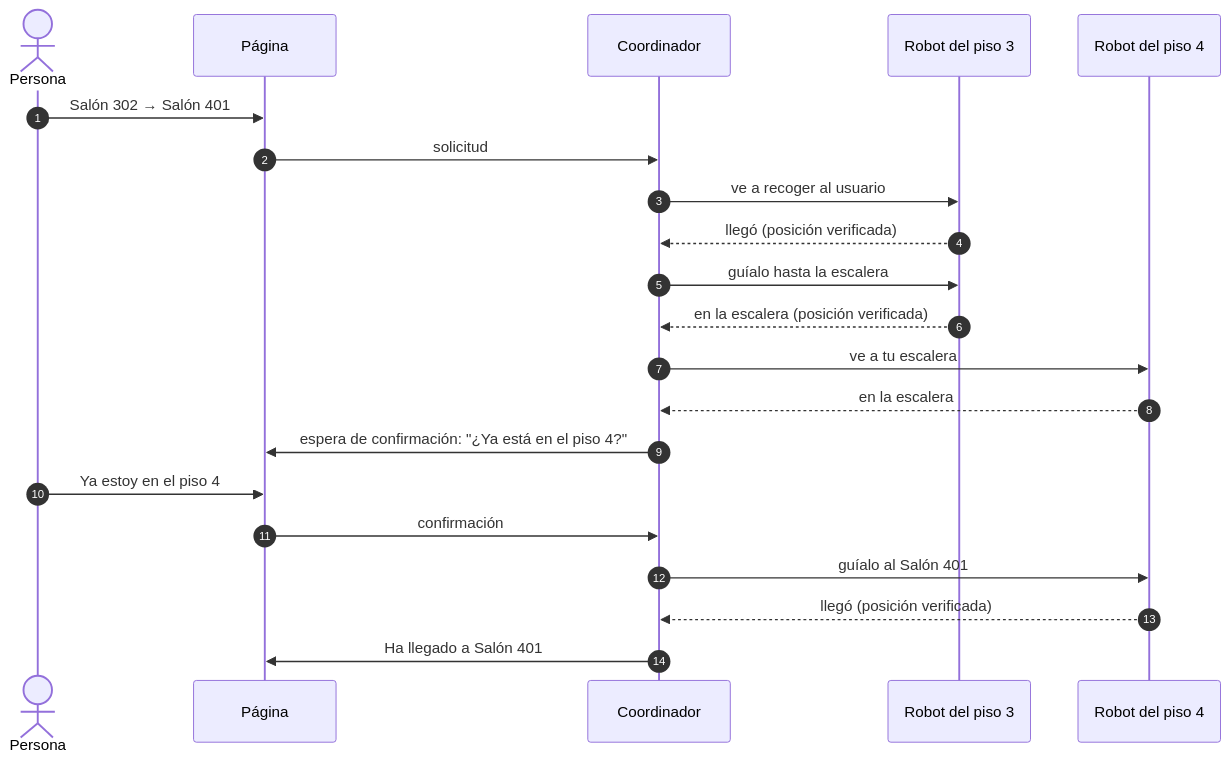
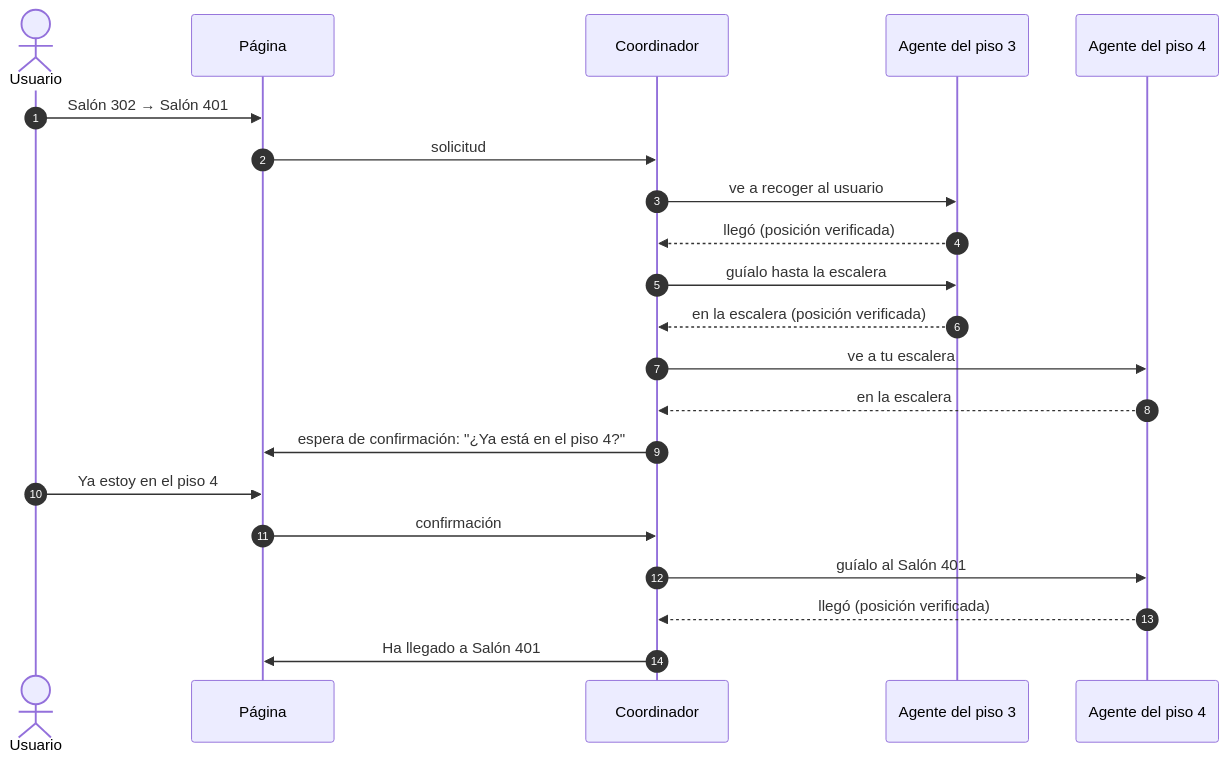
One commit to shdeza12/Collaborative-Mobile-Robot-System-for-Indoor-Navigation-Assistance-in-Multi-Level-Environments changed the second of 2 diagrams in sitio/paginas/como-funciona.md. Above: the diagram before and after it, drawn with Mermaid. The commit also changed other lines of this file and 41 other files, not shown here.

First line of the commit message:
El sitio con el título del documento y sus términos: el usuario y los agentes

````diff
--- a/sitio/paginas/como-funciona.md
+++ b/sitio/paginas/como-funciona.md
@@ -74,23 +74,23 @@
 ```mermaid
 sequenceDiagram
   autonumber
-  actor U as Persona
+  actor U as Usuario
   participant P as Página
   participant C as Coordinador
-  participant R3 as Robot del piso 3
-  participant R4 as Robot del piso 4
+  participant R3 as Agente del piso 3
+  participant R4 as Agente del piso 4
   U->>P: Salón 302 → Salón 401
   P->>C: solicitud
   C->>R3: ve a recoger al usuario
   R3-->>C: llegó (posición verificada)
   C->>R3: guíalo hasta la escalera
   R3-->>C: en la escalera (posición verificada)
   C->>R4: ve a tu escalera
   R4-->>C: en la escalera
   C->>P: espera de confirmación: "¿Ya está en el piso 4?"
   U->>P: Ya estoy en el piso 4
   P->>C: confirmación
   C->>R4: guíalo al Salón 401
   R4-->>C: llegó (posición verificada)
   C->>P: Ha llegado a Salón 401
 ```
````
